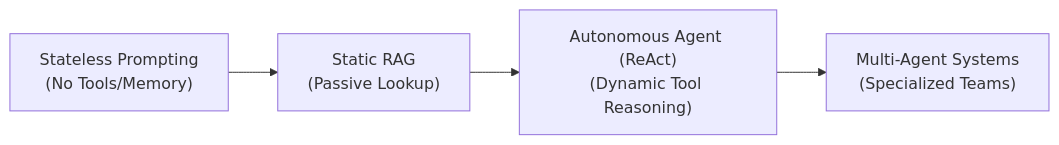
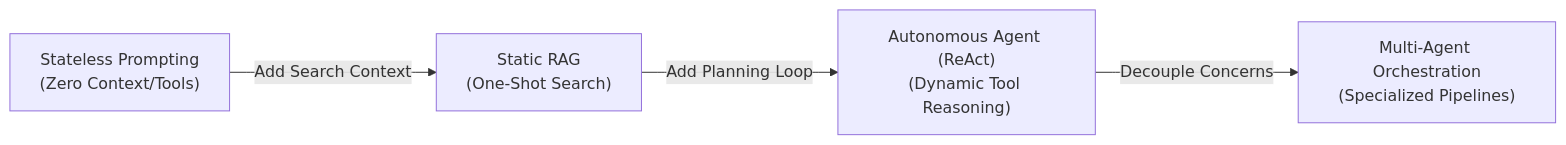
One commit to FirdowsRahaman/agentic-workflows-masterclass changed the diagram in README.md. Above: the diagram before and after it, drawn with Mermaid. The commit also changed other lines of this file and 14 other files, not shown here.

````diff
--- a/README.md
+++ b/README.md
@@ -47,6 +47,6 @@
 ```mermaid
 graph LR
-    A["Stateless Prompting<br/>(No Tools/Memory)"] --> B["Static RAG<br/>(Passive Lookup)"]
-    B --> C["Autonomous Agent (ReAct)<br/>(Dynamic Tool Reasoning)"]
-    C --> D["Multi-Agent Systems<br/>(Specialized Teams)"]
+    A["Stateless Prompting<br/>(Zero Context/Tools)"] -->|"Add Search Context"| B["Static RAG<br/>(One-Shot Search)"]
+    B -->|"Add Planning Loop"| C["Autonomous Agent (ReAct)<br/>(Dynamic Tool Reasoning)"]
+    C -->|"Decouple Concerns"| D["Multi-Agent Orchestration<br/>(Specialized Pipelines)"]
 ```
````
